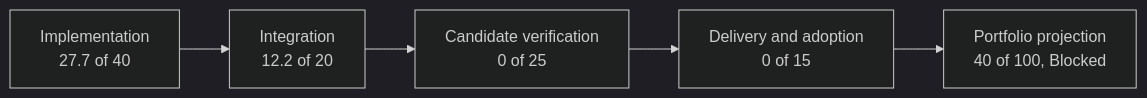
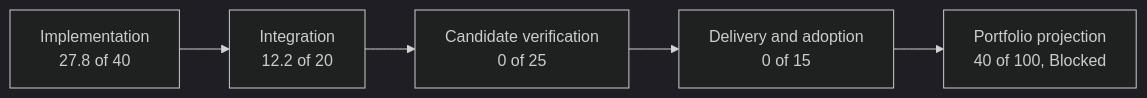
One commit to stoleckipawel/SparkleEngine changed the diagram in Docs/Acceptance/CurrentReadiness.md. Above: the diagram before and after it, drawn with Mermaid (dark theme). The commit also changed other lines of this file and 14 other files, not shown here.

````diff
--- a/Docs/Acceptance/CurrentReadiness.md
+++ b/Docs/Acceptance/CurrentReadiness.md
@@ -26,7 +26,7 @@
 ```mermaid
 flowchart LR
-    I[Implementation<br/>27.7 of 40] --> R[Integration<br/>12.2 of 20]
+    I[Implementation<br/>27.8 of 40] --> R[Integration<br/>12.2 of 20]
     R --> V[Candidate verification<br/>0 of 25]
     V --> D[Delivery and adoption<br/>0 of 15]
     D --> Result[Portfolio projection<br/>40 of 100, Blocked]
 ```
````
